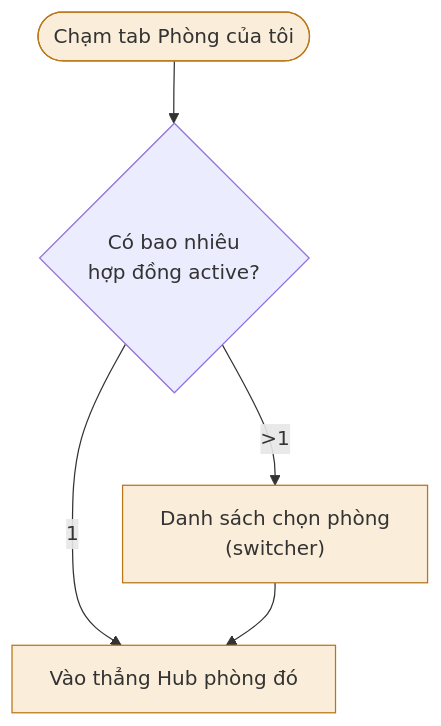
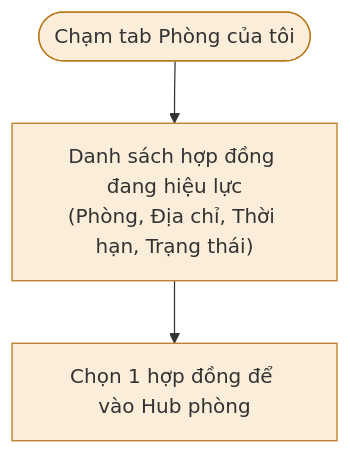
Before and after one commit to pbl6-home-renter/docs: the eighth of 17 diagrams in phase-1/discovery/user_flow/tenant-user-flow.md, drawn with Mermaid. The commit also changed other lines of this file and 6 other files, not shown here.

````diff
--- a/phase-1/discovery/user_flow/tenant-user-flow.md
+++ b/phase-1/discovery/user_flow/tenant-user-flow.md
@@ -251,11 +211,9 @@
 ```mermaid
 flowchart TD
-    Start(["Chạm tab Phòng của tôi"]) --> Count{"Có bao nhiêu\nhợp đồng active?"}
-    Count -->|"1"| Hub["Vào thẳng Hub phòng đó"]
-    Count -->|">1"| Switcher["Danh sách chọn phòng\n(switcher)"]
-    Switcher --> Hub
+    Start(["Chạm tab Phòng của tôi"]) --> List["Danh sách hợp đồng đang hiệu lực\n(Phòng, Địa chỉ, Thời hạn, Trạng thái)"]
+    List --> Select["Chọn 1 hợp đồng để vào Hub phòng"]
 
     style Start fill:#faeeda,stroke:#ba7517
-    style Hub fill:#faeeda,stroke:#ba7517
-    style Switcher fill:#faeeda,stroke:#ba7517
+    style List fill:#faeeda,stroke:#ba7517
+    style Select fill:#faeeda,stroke:#ba7517
 ```
````
